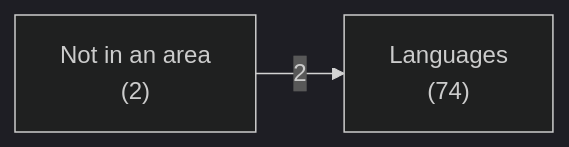
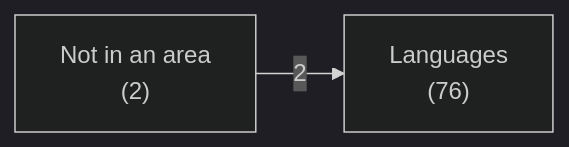
Before and after one commit to ruudkoot/rune: the first of 3 diagrams in docs/lib/language/haskell/depends.md, drawn with Mermaid (dark theme). The commit also changed other lines of this file and 18 other files, not shown here.

````diff
--- a/docs/lib/language/haskell/depends.md
+++ b/docs/lib/language/haskell/depends.md
@@ -24,6 +24,6 @@
 ```mermaid
 flowchart LR
-  a0["Languages<br>(74)"]
+  a0["Languages<br>(76)"]
   a1["Not in an area<br>(2)"]
   a1 -- 2 --> a0
 ```
````
